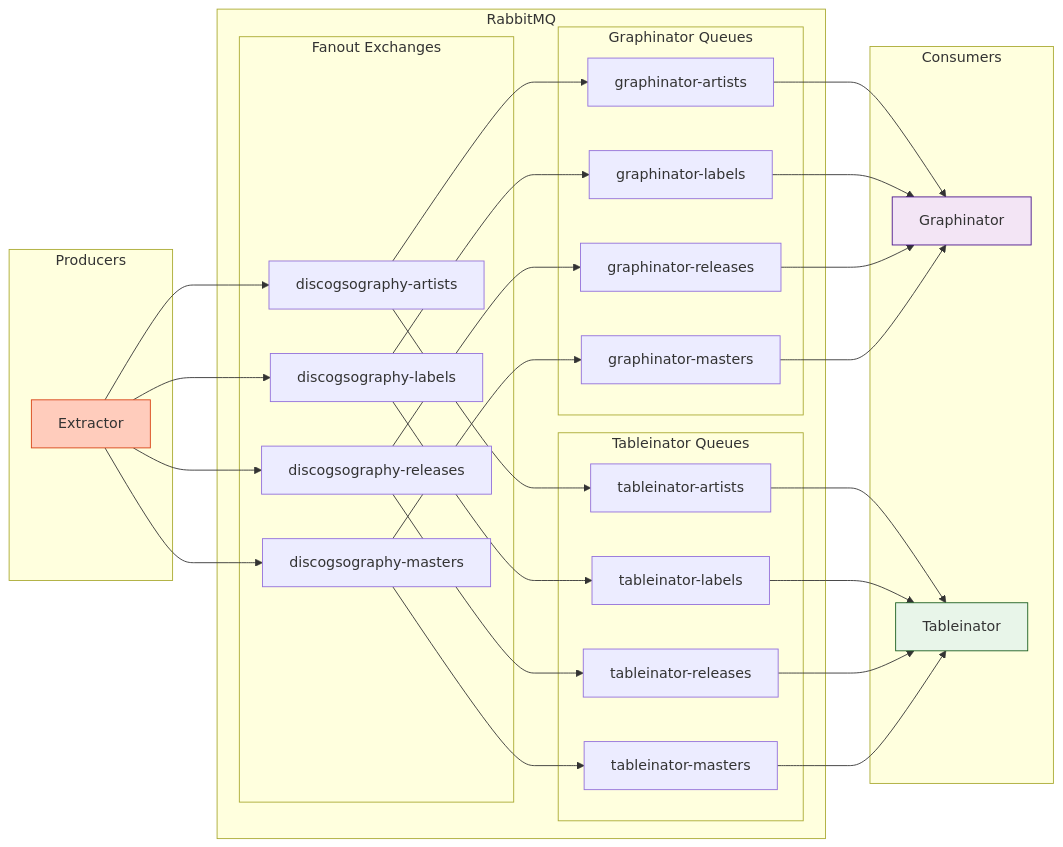
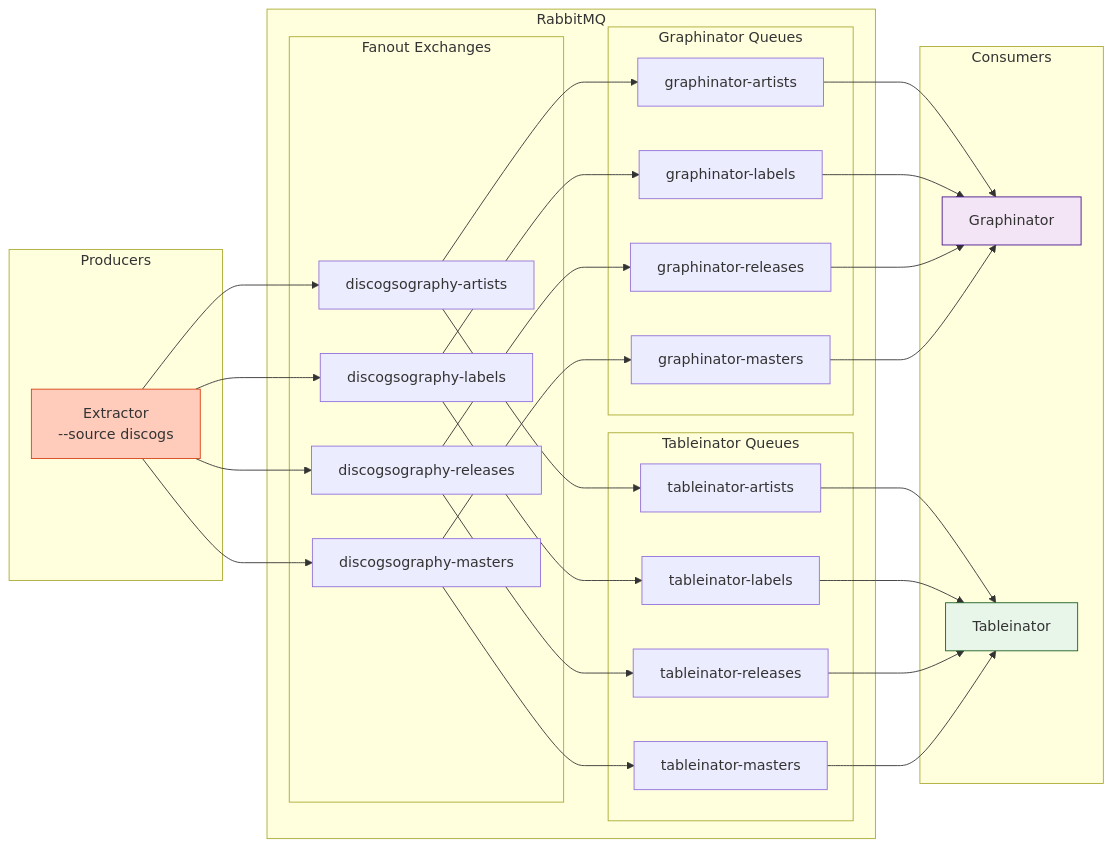
One commit to groovemap-music/deployment changed the fifth of 6 diagrams in docs/architecture.md. Above: the diagram before and after it, drawn with Mermaid. The commit also changed other lines of this file, not shown here.

````diff
--- a/docs/architecture.md
+++ b/docs/architecture.md
@@ -519,62 +633,48 @@
 ```mermaid
 graph LR
     subgraph Producers
-        EXT[Extractor]
+        EXT[Extractor<br/>--source discogs]
     end
 
     subgraph RabbitMQ
         subgraph Fanout Exchanges
             AX[discogsography-artists]
             LX[discogsography-labels]
             RX[discogsography-releases]
             MX[discogsography-masters]
         end
 
         subgraph Graphinator Queues
             GAQ[graphinator-artists]
             GLQ[graphinator-labels]
             GRQ[graphinator-releases]
             GMQ[graphinator-masters]
         end
 
         subgraph Tableinator Queues
             TAQ[tableinator-artists]
             TLQ[tableinator-labels]
             TRQ[tableinator-releases]
             TMQ[tableinator-masters]
         end
     end
 
     subgraph Consumers
         GRAPH[Graphinator]
         TABLE[Tableinator]
     end
 
-    EXT --> AX
-    EXT --> LX
-    EXT --> RX
-    EXT --> MX
+    EXT --> AX & LX & RX & MX
 
-    AX --> GAQ
-    AX --> TAQ
-    LX --> GLQ
-    LX --> TLQ
-    RX --> GRQ
-    RX --> TRQ
-    MX --> GMQ
-    MX --> TMQ
+    AX --> GAQ & TAQ
+    LX --> GLQ & TLQ
+    RX --> GRQ & TRQ
+    MX --> GMQ & TMQ
 
-    GAQ --> GRAPH
-    GLQ --> GRAPH
-    GRQ --> GRAPH
-    GMQ --> GRAPH
-
-    TAQ --> TABLE
-    TLQ --> TABLE
-    TRQ --> TABLE
-    TMQ --> TABLE
+    GAQ & GLQ & GRQ & GMQ --> GRAPH
+    TAQ & TLQ & TRQ & TMQ --> TABLE
 
     style EXT fill:#ffccbc,stroke:#d84315
     style GRAPH fill:#f3e5f5,stroke:#4a148c
     style TABLE fill:#e8f5e9,stroke:#1b5e20
 ```
````
